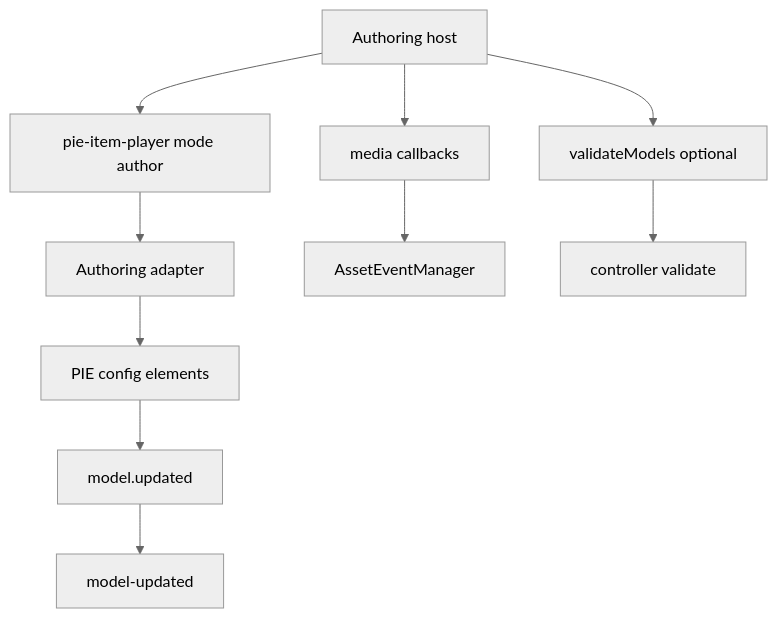
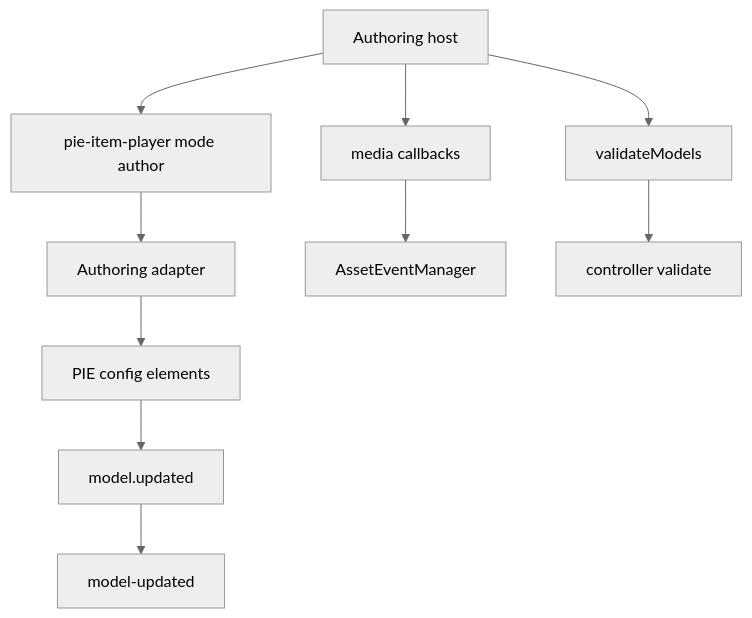
Before and after one commit to pie-framework/pie-players: the diagram in docs/item-player/authoring-player-plan.md, drawn with Mermaid (neutral theme). The commit also changed other lines of this file and 13 other files, not shown here.

````diff
--- a/docs/item-player/authoring-player-plan.md
+++ b/docs/item-player/authoring-player-plan.md
@@ -126,12 +158,12 @@
 ```mermaid
 flowchart TD
   Host["Authoring host"] --> ItemPlayer["pie-item-player mode author"]
   ItemPlayer --> AuthorAdapter["Authoring adapter"]
   AuthorAdapter --> ConfigElements["PIE config elements"]
   ConfigElements --> ModelUpdated["model.updated"]
   ModelUpdated --> CanonicalEvent["model-updated"]
   Host --> MediaCallbacks["media callbacks"]
   MediaCallbacks --> AssetManager["AssetEventManager"]
-  Host --> Validation["validateModels optional"]
+  Host --> Validation["validateModels"]
   Validation --> Controllers["controller validate"]
 ```
````
